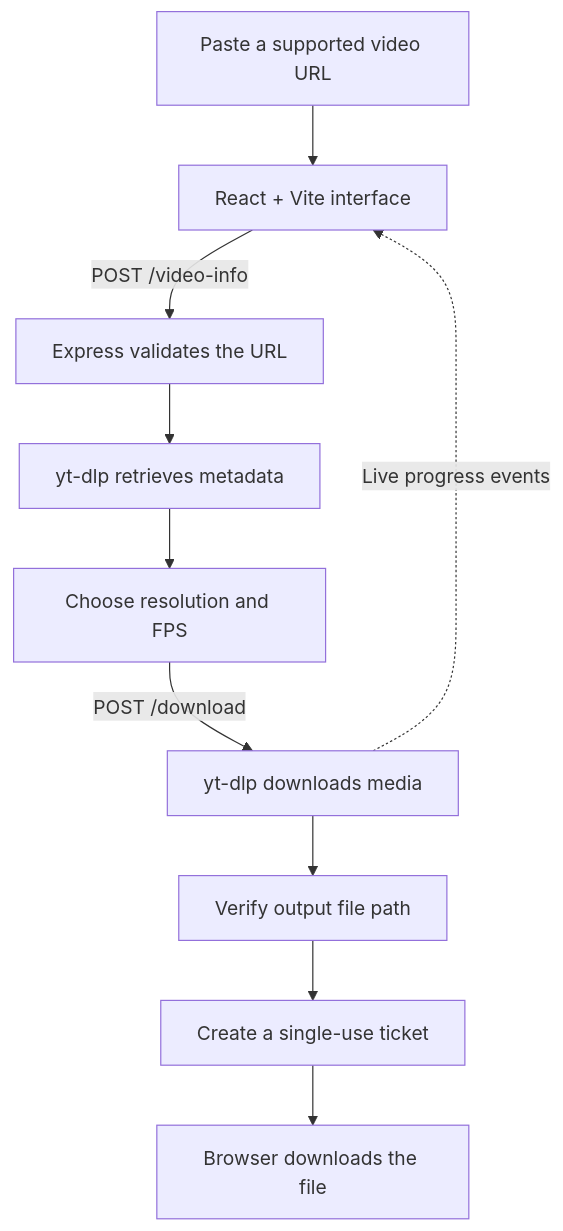
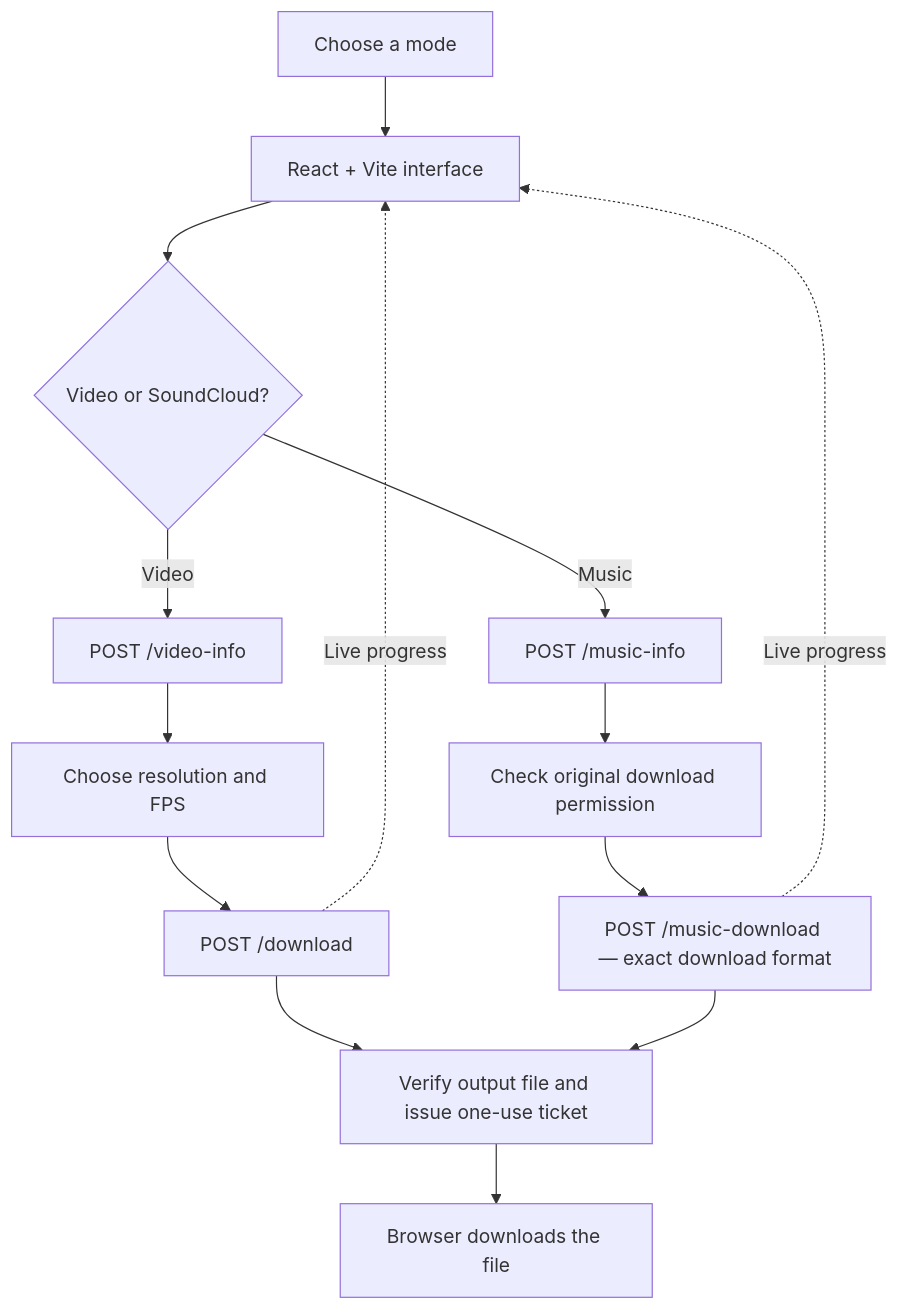
The diagram in README.md (KRISHBHADWAL/sonic-downloader), drawn with Mermaid before and after one commit. The commit also changed other lines of this file and 8 other files, not shown here.

First line of the commit message:
Add integrated SoundCloud Music mode

````diff
--- a/README.md
+++ b/README.md
@@ -60,12 +63,16 @@
 ```mermaid
 flowchart TD
-    A["Paste a supported video URL"] --> B["React + Vite interface"]
-    B -->|"POST /video-info"| C["Express validates the URL"]
-    C --> D["yt-dlp retrieves metadata"]
+    A["Choose a mode"] --> B["React + Vite interface"]
+    B --> C{"Video or SoundCloud?"}
+    C -->|Video| D["POST /video-info"]
     D --> E["Choose resolution and FPS"]
-    E -->|"POST /download"| F["yt-dlp downloads media"]
-    F -. "Live progress events" .-> B
-    F --> G["Verify output file path"]
-    G --> H["Create a single-use ticket"]
-    H --> I["Browser downloads the file"]
+    E --> F["POST /download"]
+    C -->|Music| G["POST /music-info"]
+    G --> H["Check original download permission"]
+    H --> I["POST /music-download — exact download format"]
+    F --> J["Verify output file and issue one-use ticket"]
+    I --> J
+    J --> K["Browser downloads the file"]
+    F -. "Live progress" .-> B
+    I -. "Live progress" .-> B
 ```
````
